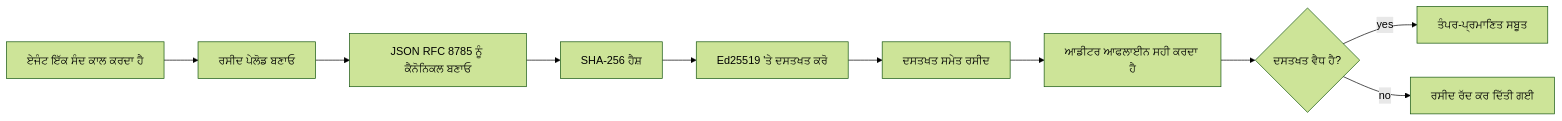
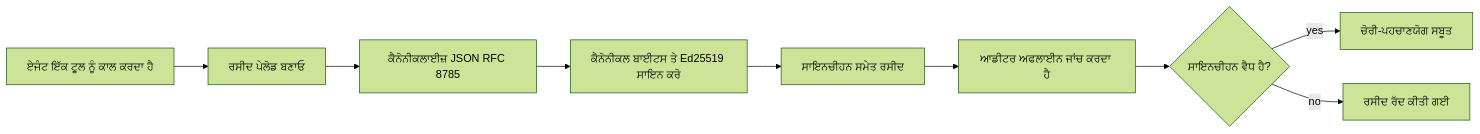
The first of 2 diagrams in mirrors/repos/microsoft@ai-agents-for-beginners/translations/pa/18-securing-ai-agents/README.md (gabrielmoreira/agent-skills-mirror), drawn with Mermaid (forest theme) before and after one commit. The commit also changed other lines of this file and 4262 other files, not shown here.

````diff
--- a/mirrors/repos/microsoft@ai-agents-for-beginners/translations/pa/18-securing-ai-agents/README.md
+++ b/mirrors/repos/microsoft@ai-agents-for-beginners/translations/pa/18-securing-ai-agents/README.md
@@ -51,12 +51,11 @@
 ```mermaid
 flowchart LR
-    A[ਏਜੰਟ ਇੱਕ ਸੰਦ ਕਾਲ ਕਰਦਾ ਹੈ] --> B[ਰਸੀਦ ਪੇਲੋਡ ਬਣਾਓ]
-    B --> C[JSON RFC 8785 ਨੂੰ ਕੈਨੋਨਿਕਲ ਬਣਾਓ]
-    C --> D[SHA-256 ਹੈਸ਼]
-    D --> E[Ed25519 'ਤੇ ਦਸਤਖਤ ਕਰੋ]
-    E --> F[ਦਸਤਖਤ ਸਮੇਤ ਰਸੀਦ]
-    F --> G[ਆਡੀਟਰ ਆਫਲਾਈਨ ਸਹੀ ਕਰਦਾ ਹੈ]
-    G --> H{ਦਸਤਖਤ ਵੈਧ ਹੈ?}
-    H -- yes --> I[ਤੰਪਰ-ਪ੍ਰਮਾਣਿਤ ਸਬੂਤ]
-    H -- no --> J[ਰਸੀਦ ਰੱਦ ਕਰ ਦਿੱਤੀ ਗਈ]
+    A[ਏਜੰਟ ਇੱਕ ਟੂਲ ਨੂੰ ਕਾਲ ਕਰਦਾ ਹੈ] --> B[ਰਸੀਦ ਪੇਲੋਡ ਬਣਾਓ]
+    B --> C[ਕੈਨੋਨੀਕਲਾਈਜ਼ JSON RFC 8785]
+    C --> E[ਕੈਨੋਨੀਕਲ ਬਾਈਟਸ ਤੇ Ed25519 ਸਾਇਨ ਕਰੋ]
+    E --> F[ਸਾਇਨਚੀਹਨ ਸਮੇਤ ਰਸੀਦ]
+    F --> G[ਆਡੀਟਰ ਅਫਲਾਈਨ ਜਾਂਚ ਕਰਦਾ ਹੈ]
+    G --> H{ਸਾਇਨਚੀਹਨ ਵੈਧ ਹੈ?}
+    H -- yes --> I[ਚੋਰੀ-ਪਹਚਾਣਯੋਗ ਸਬੂਤ]
+    H -- no --> J[ਰਸੀਦ ਰੱਦ ਕੀਤੀ ਗਈ]
 ```
````
